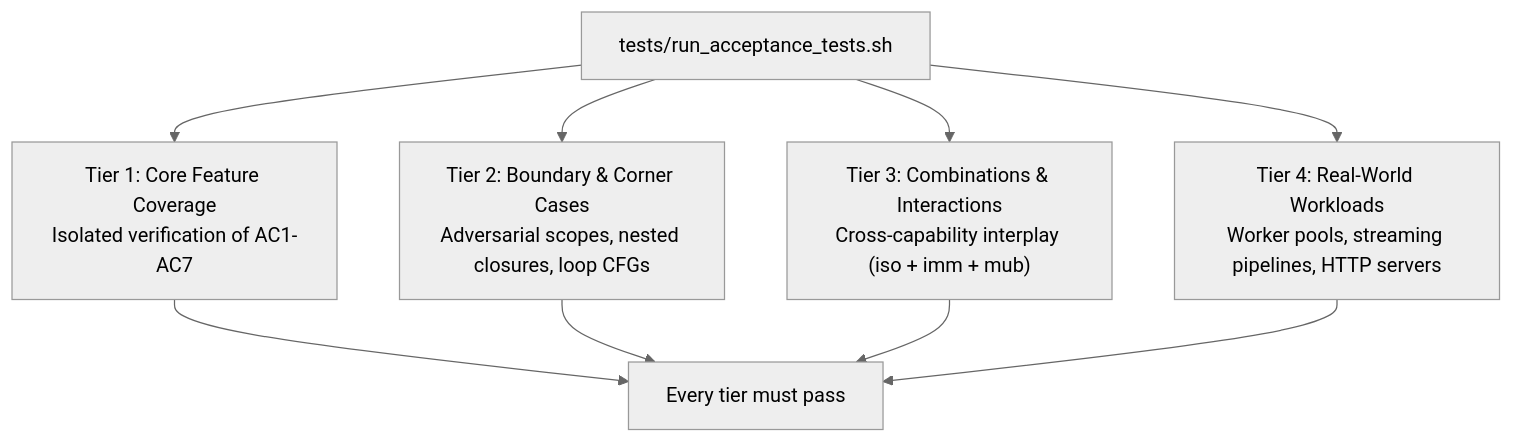
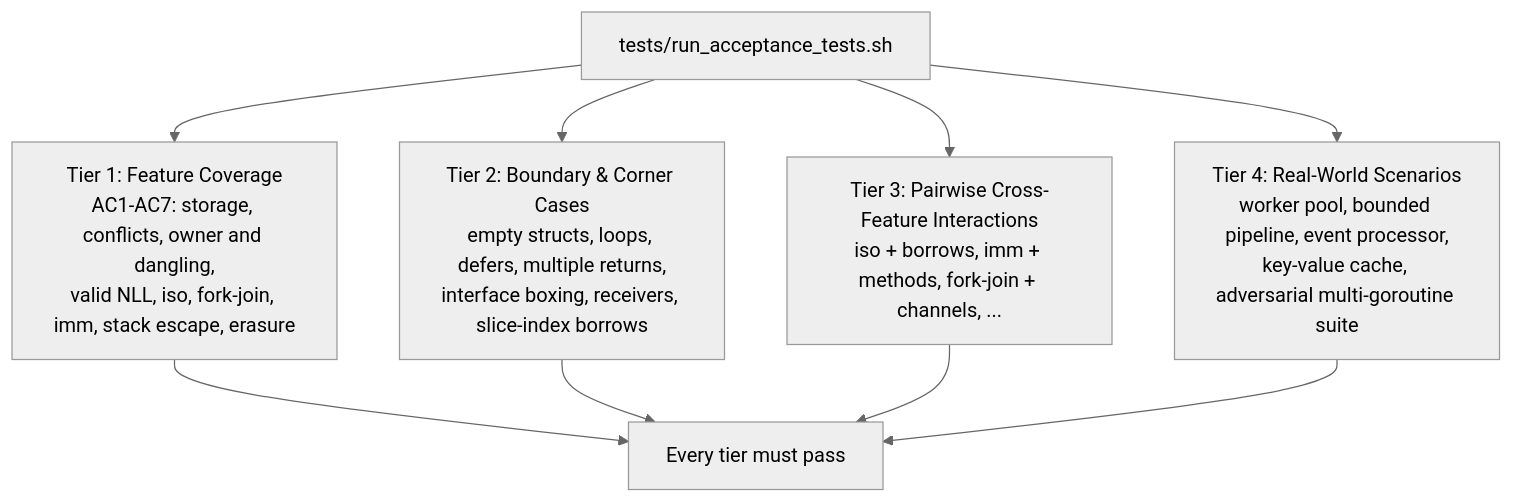
One commit to bharathvbcr/GoSree changed the fourth of 4 diagrams in docs/TOOLING_AND_ERASURE.md. Above: the diagram before and after it, drawn with Mermaid (neutral theme). The commit also changed other lines of this file and 13 other files, not shown here.

````diff
--- a/docs/TOOLING_AND_ERASURE.md
+++ b/docs/TOOLING_AND_ERASURE.md
@@ -205,14 +228,14 @@
 ```mermaid
 flowchart TD
     Runner["tests/run_acceptance_tests.sh"]
-    
-    Runner --> Tier1["Tier 1: Core Feature Coverage\nIsolated verification of AC1-AC7"]
-    Runner --> Tier2["Tier 2: Boundary & Corner Cases\nAdversarial scopes, nested closures, loop CFGs"]
-    Runner --> Tier3["Tier 3: Combinations & Interactions\nCross-capability interplay (iso + imm + mub)"]
-    Runner --> Tier4["Tier 4: Real-World Workloads\nWorker pools, streaming pipelines, HTTP servers"]
-    
+
+    Runner --> Tier1["Tier 1: Feature Coverage\nAC1-AC7: storage, conflicts, owner and dangling,\nvalid NLL, iso, fork-join, imm, stack escape, erasure"]
+    Runner --> Tier2["Tier 2: Boundary & Corner Cases\nempty structs, loops, defers, multiple returns,\ninterface boxing, receivers, slice-index borrows"]
+    Runner --> Tier3["Tier 3: Pairwise Cross-Feature Interactions\niso + borrows, imm + methods, fork-join + channels, ..."]
+    Runner --> Tier4["Tier 4: Real-World Scenarios\nworker pool, bounded pipeline, event processor,\nkey-value cache, adversarial multi-goroutine suite"]
+
     Tier1 --> Pass["Every tier must pass"]
     Tier2 --> Pass
     Tier3 --> Pass
     Tier4 --> Pass
 ```
````
